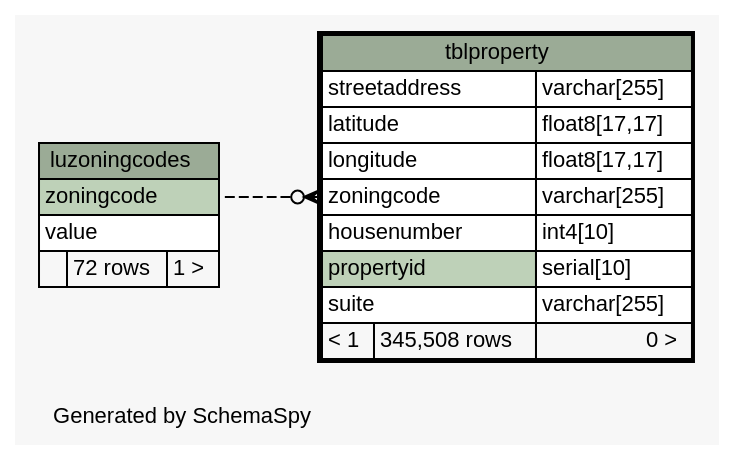
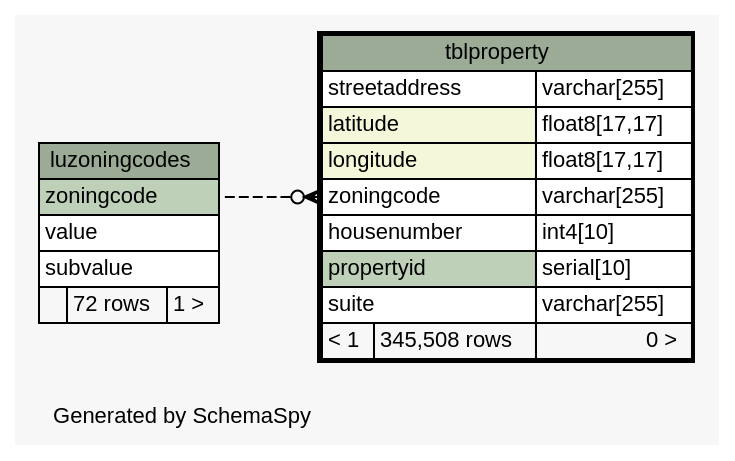
Before and after one commit to sehoven/aays401: the diagram in docs/databaseDoc/diagrams/tblproperty.implied2degrees.dot, drawn with Graphviz. The commit also changed 24 other files, not shown here.

```diff
--- a/docs/databaseDoc/diagrams/tblproperty.implied2degrees.dot
+++ b/docs/databaseDoc/diagrams/tblproperty.implied2degrees.dot
@@ -1,50 +1,51 @@
 // dot 2.40.1 on Mac OS X 10.10.5
 // SchemaSpy rev 590
 digraph "impliedTwoDegreesRelationshipsDiagram" {
   graph [
     rankdir="RL"
     bgcolor="#f7f7f7"
     label="\nGenerated by SchemaSpy"
     labeljust="l"
     nodesep="0.18"
     ranksep="0.46"
     fontname="Helvetica"
     fontsize="11"
   ];
   node [
     fontname="Helvetica"
     fontsize="11"
     shape="plaintext"
   ];
   edge [
     arrowsize="0.8"
   ];
   "tblproperty":"zoningcode":w -> "luzoningcodes":"zoningcode":e [arrowhead=none dir=back arrowtail=crowodot style=dashed];
   "luzoningcodes" [
     label=<
     <TABLE BORDER="0" CELLBORDER="1" CELLSPACING="0" BGCOLOR="#ffffff">
       <TR><TD COLSPAN="3" BGCOLOR="#9bab96" ALIGN="CENTER">luzoningcodes</TD></TR>
       <TR><TD PORT="zoningcode" COLSPAN="3" BGCOLOR="#bed1b8" ALIGN="LEFT">zoningcode</TD></TR>
       <TR><TD PORT="value" COLSPAN="3" ALIGN="LEFT">value</TD></TR>
+      <TR><TD PORT="subvalue" COLSPAN="3" ALIGN="LEFT">subvalue</TD></TR>
       <TR><TD ALIGN="LEFT" BGCOLOR="#f7f7f7">  </TD><TD ALIGN="RIGHT" BGCOLOR="#f7f7f7">72 rows</TD><TD ALIGN="RIGHT" BGCOLOR="#f7f7f7">1 &gt;</TD></TR>
     </TABLE>>
     URL="luzoningcodes.html"
     tooltip="luzoningcodes"
   ];
   "tblproperty" [
     label=<
     <TABLE BORDER="2" CELLBORDER="1" CELLSPACING="0" BGCOLOR="#ffffff">
       <TR><TD COLSPAN="3" BGCOLOR="#9bab96" ALIGN="CENTER">tblproperty</TD></TR>
       <TR><TD PORT="streetaddress" COLSPAN="2" ALIGN="LEFT">streetaddress</TD><TD PORT="streetaddress.type" ALIGN="LEFT">varchar[255]</TD></TR>
-      <TR><TD PORT="latitude" COLSPAN="2" ALIGN="LEFT">latitude</TD><TD PORT="latitude.type" ALIGN="LEFT">float8[17,17]</TD></TR>
-      <TR><TD PORT="longitude" COLSPAN="2" ALIGN="LEFT">longitude</TD><TD PORT="longitude.type" ALIGN="LEFT">float8[17,17]</TD></TR>
+      <TR><TD PORT="latitude" COLSPAN="2" BGCOLOR="#f4f7da" ALIGN="LEFT">latitude</TD><TD PORT="latitude.type" ALIGN="LEFT">float8[17,17]</TD></TR>
+      <TR><TD PORT="longitude" COLSPAN="2" BGCOLOR="#f4f7da" ALIGN="LEFT">longitude</TD><TD PORT="longitude.type" ALIGN="LEFT">float8[17,17]</TD></TR>
       <TR><TD PORT="zoningcode" COLSPAN="2" ALIGN="LEFT">zoningcode</TD><TD PORT="zoningcode.type" ALIGN="LEFT">varchar[255]</TD></TR>
       <TR><TD PORT="housenumber" COLSPAN="2" ALIGN="LEFT">housenumber</TD><TD PORT="housenumber.type" ALIGN="LEFT">int4[10]</TD></TR>
       <TR><TD PORT="propertyid" COLSPAN="2" BGCOLOR="#bed1b8" ALIGN="LEFT">propertyid</TD><TD PORT="propertyid.type" ALIGN="LEFT">serial[10]</TD></TR>
       <TR><TD PORT="suite" COLSPAN="2" ALIGN="LEFT">suite</TD><TD PORT="suite.type" ALIGN="LEFT">varchar[255]</TD></TR>
       <TR><TD ALIGN="LEFT" BGCOLOR="#f7f7f7">&lt; 1</TD><TD ALIGN="RIGHT" BGCOLOR="#f7f7f7">345,508 rows</TD><TD ALIGN="RIGHT" BGCOLOR="#f7f7f7">0 &gt;</TD></TR>
     </TABLE>>
     URL="tblproperty.html"
     tooltip="tblproperty"
   ];
 }
```
